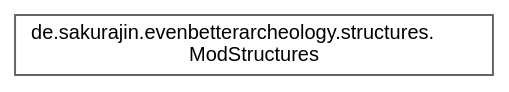
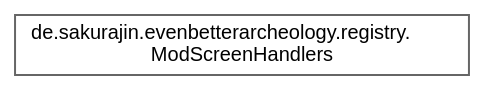
Before and after one commit to noah1510/EvenBetterArcheology: the diagram in inherit_graph_30.dot, drawn with Graphviz. The commit also changed 335 other files, not shown here.

```diff
--- a/inherit_graph_30.dot
+++ b/inherit_graph_30.dot
@@ -1,9 +1,9 @@
 digraph "Graphical Class Hierarchy"
 {
  // LATEX_PDF_SIZE
   bgcolor="transparent";
   edge [fontname=Helvetica,fontsize=10,labelfontname=Helvetica,labelfontsize=10];
   node [fontname=Helvetica,fontsize=10,shape=box,height=0.2,width=0.4];
   rankdir="LR";
-  Node0 [label="de.sakurajin.evenbetterarcheology.structures.\lModStructures",height=0.2,width=0.4,color="grey40", fillcolor="white", style="filled",URL="$classde_1_1sakurajin_1_1evenbetterarcheology_1_1structures_1_1ModStructures.html",tooltip=" "];
+  Node0 [label="de.sakurajin.evenbetterarcheology.registry.\lModScreenHandlers",height=0.2,width=0.4,color="grey40", fillcolor="white", style="filled",URL="$classde_1_1sakurajin_1_1evenbetterarcheology_1_1registry_1_1ModScreenHandlers.html",tooltip=" "];
 }
```
